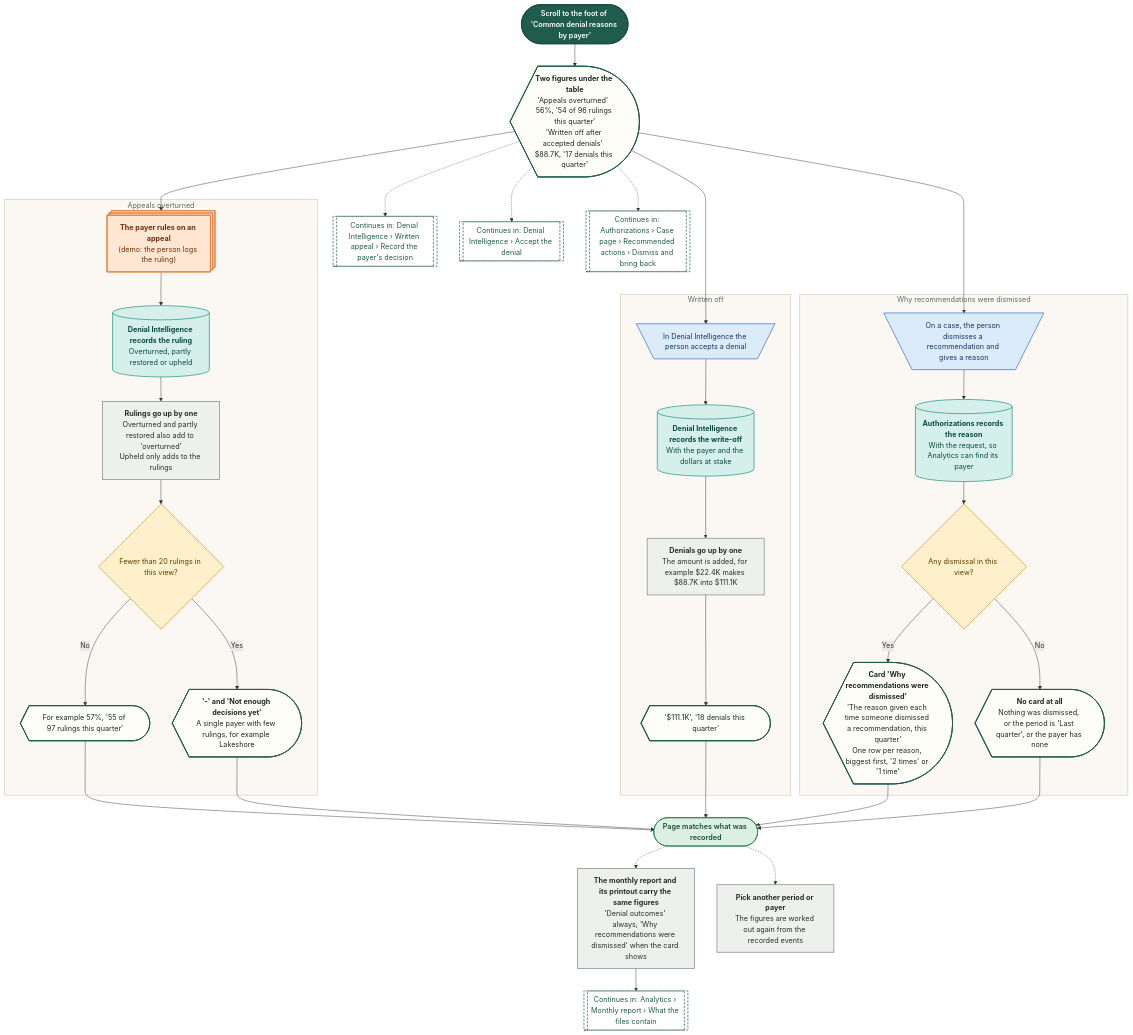
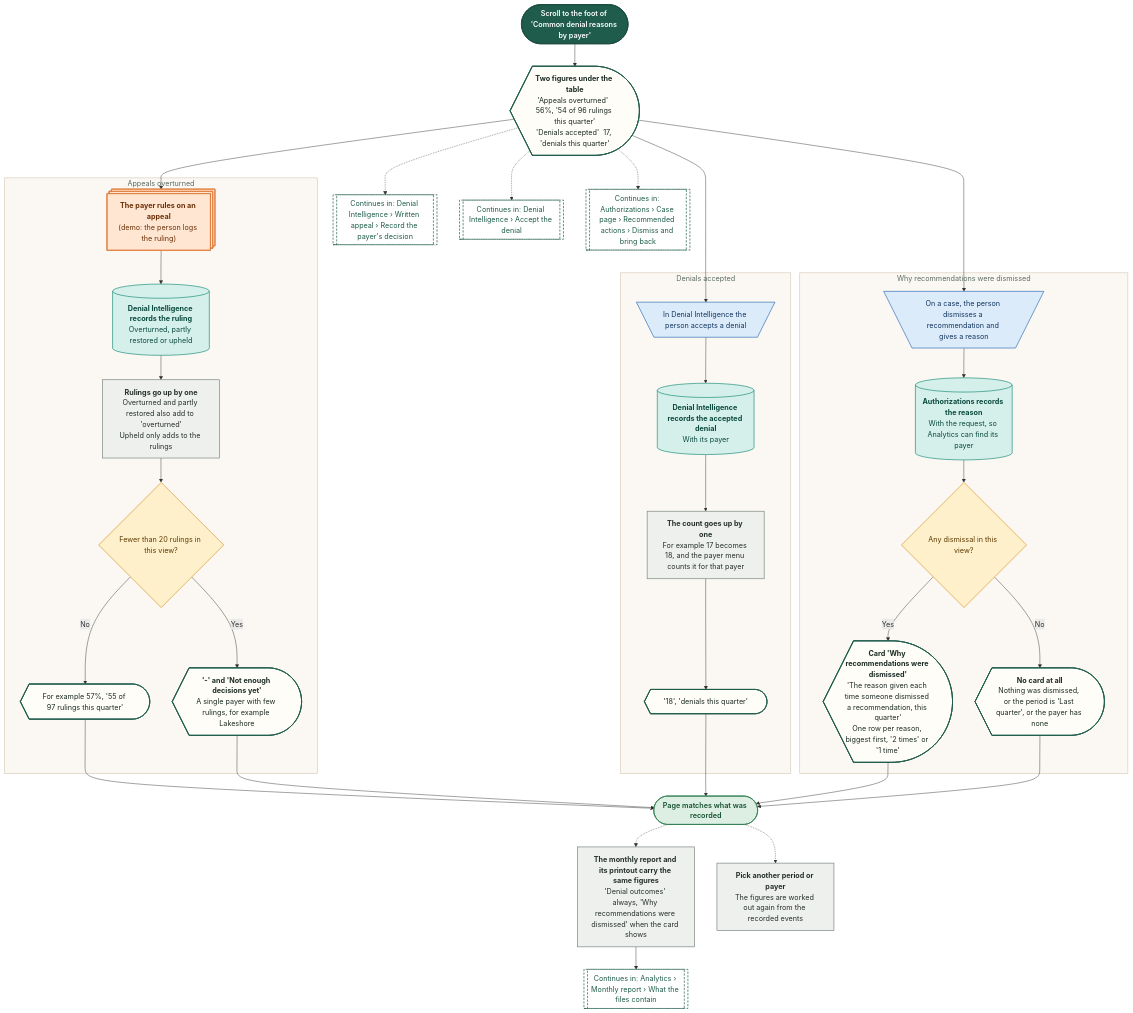
Before and after one commit to Shrav143/psyfloapp: the sixth of 9 diagrams in demos/prior-auth-demo/workflows/out/md/08-analytics.md, drawn with Mermaid. The commit also changed other lines of this file and 39 other files, not shown here.

First line of the commit message:
docs: appeal analysis report in the site map and README; rebuild the workflow diagrams (225)

````diff
--- a/demos/prior-auth-demo/workflows/out/md/08-analytics.md
+++ b/demos/prior-auth-demo/workflows/out/md/08-analytics.md
@@ -408,74 +408,74 @@
 ```mermaid
 %%{init: {"theme":"base","themeVariables":{"fontFamily":"'DM Sans', 'Segoe UI', system-ui, sans-serif","fontSize":"15px","lineColor":"#5B6B63","primaryTextColor":"#1C2B25","clusterBkg":"#FBF8F3","clusterBorder":"#D9CDBB","edgeLabelBackground":"#FFFFFF"},"flowchart":{"curve":"basis","nodeSpacing":36,"rankSpacing":48,"padding":12,"htmlLabels":true,"useMaxWidth":false,"wrappingWidth":230}} }%%
 flowchart TD
   classDef k_start fill:#1F5C4B,stroke:#174638,color:#FFFFFF,stroke-width:1.5px,font-weight:600
   classDef k_end fill:#DDEFE3,stroke:#2E7D4F,color:#14502F,stroke-width:1.5px,font-weight:600
   classDef k_endx fill:#FBE3E0,stroke:#C0392B,color:#7A1F16,stroke-width:1.5px,font-weight:600
   classDef k_screen fill:#FFFDF8,stroke:#1F5C4B,color:#1C2B25,stroke-width:2px
   classDef k_overlay fill:#F1F7F3,stroke:#1F5C4B,color:#1C2B25,stroke-width:2px,stroke-dasharray:5 3
   classDef k_click fill:#DCEBFA,stroke:#2F6DB5,color:#12365F,stroke-width:1.5px
   classDef k_input fill:#E4E7FF,stroke:#4C5FD5,color:#1D2670,stroke-width:1.5px
   classDef k_process fill:#EEF0EE,stroke:#7A857F,color:#26302B,stroke-width:1.5px
   classDef k_agent fill:#EEE5FA,stroke:#7A4FC2,color:#341A63,stroke-width:1.5px
   classDef k_decision fill:#FFF0CC,stroke:#D9962B,color:#5C3B00,stroke-width:1.5px
   classDef k_store fill:#D5F0EA,stroke:#1C8E7B,color:#0B4A3F,stroke-width:1.5px
   classDef k_doc fill:#F6E9DC,stroke:#B07A4C,color:#4A2E14,stroke-width:1.5px
   classDef k_ext fill:#FFE6D2,stroke:#E07B39,color:#6B2F06,stroke-width:1.5px
   classDef k_wait fill:#E4E8EE,stroke:#6B7C93,color:#26303D,stroke-width:1.5px
   classDef k_toast fill:#FFF9DB,stroke:#C9A400,color:#5A4A00,stroke-width:1.5px
   classDef k_goto fill:#FFFFFF,stroke:#1F5C4B,color:#1F5C4B,stroke-width:1.5px,stroke-dasharray:5 3
   s1@{ shape: stadium, label: "Scroll to the foot of 'Common denial reasons by payer'" }
-  sc@{ shape: curv-trap, label: "<b>Two figures under the table</b><br/>'Appeals overturned'  56%, '54 of 96 rulings this quarter'<br/>'Written off after accepted denials'  $88.7K, '17 denials this quarter'" }
+  sc@{ shape: curv-trap, label: "<b>Two figures under the table</b><br/>'Appeals overturned'  56%, '54 of 96 rulings this quarter'<br/>'Denials accepted'  17, 'denials this quarter'" }
   subgraph gApp ["Appeals overturned"]
   x1@{ shape: st-rect, label: "<b>The payer rules on an appeal</b><br/>(demo: the person logs the ruling)" }
   st1@{ shape: cyl, label: "<b>Denial Intelligence records the ruling</b><br/>Overturned, partly restored or upheld" }
   p1@{ shape: rect, label: "<b>Rulings go up by one</b><br/>Overturned and partly restored also add to 'overturned'<br/>Upheld only adds to the rulings" }
   q1@{ shape: diam, label: "Fewer than 20 rulings in this view?" }
   o1@{ shape: curv-trap, label: "For example 57%, '55 of 97 rulings this quarter'" }
   o2@{ shape: curv-trap, label: "<b>'-' and 'Not enough decisions yet'</b><br/>A single payer with few rulings, for example Lakeshore" }
   end
-  subgraph gOff ["Written off"]
+  subgraph gOff ["Denials accepted"]
   k1@{ shape: trap-t, label: "In Denial Intelligence the person accepts a denial" }
-  st2@{ shape: cyl, label: "<b>Denial Intelligence records the write-off</b><br/>With the payer and the dollars at stake" }
-  p2@{ shape: rect, label: "<b>Denials go up by one</b><br/>The amount is added, for example $22.4K makes $88.7K into $111.1K" }
-  o3@{ shape: curv-trap, label: "'$111.1K', '18 denials this quarter'" }
+  st2@{ shape: cyl, label: "<b>Denial Intelligence records the accepted denial</b><br/>With its payer" }
+  p2@{ shape: rect, label: "<b>The count goes up by one</b><br/>For example 17 becomes 18, and the payer menu counts it for that payer" }
+  o3@{ shape: curv-trap, label: "'18', 'denials this quarter'" }
   end
   subgraph gDis ["Why recommendations were dismissed"]
   k2@{ shape: trap-t, label: "On a case, the person dismisses a recommendation and gives a reason" }
   st3@{ shape: cyl, label: "<b>Authorizations records the reason</b><br/>With the request, so Analytics can find its payer" }
   q2@{ shape: diam, label: "Any dismissal in this view?" }
   d1@{ shape: curv-trap, label: "<b>Card 'Why recommendations were dismissed'</b><br/>'The reason given each time someone dismissed a recommendation, this quarter'<br/>One row per reason, biggest first, '2 times' or '1 time'" }
   d2@{ shape: curv-trap, label: "<b>No card at all</b><br/>Nothing was dismissed, or the period is 'Last quarter', or the payer has none" }
   end
   m1@{ shape: rect, label: "<b>The monthly report and its printout carry the same figures</b><br/>'Denial outcomes' always, 'Why recommendations were dismissed' when the card shows" }
   m2@{ shape: rect, label: "<b>Pick another period or payer</b><br/>The figures are worked out again from the recorded events" }
   g1@{ shape: subproc, label: "Continues in: Denial Intelligence › Written appeal › Record the payer's decision" }
   g2@{ shape: subproc, label: "Continues in: Denial Intelligence › Accept the denial" }
   g3@{ shape: subproc, label: "Continues in: Authorizations › Case page › Recommended actions › Dismiss and bring back" }
   g4@{ shape: subproc, label: "Continues in: Analytics › Monthly report › What the files contain" }
   e1@{ shape: stadium, label: "Page matches what was recorded" }
   s1 --> sc
   sc -.-> g1 & g2 & g3
   x1 --> st1 --> p1 --> q1
   q1 -->|"No"| o1 --> e1
   q1 -->|"Yes"| o2 --> e1
   k1 --> st2 --> p2 --> o3 --> e1
   k2 --> st3 --> q2
   q2 -->|"Yes"| d1 --> e1
   q2 -->|"No"| d2 --> e1
   sc --> x1 & k1 & k2
   e1 -.-> m1 --> g4
   e1 -.-> m2
   class s1 k_start
   class sc,o1,o2,o3,d1,d2 k_screen
   class x1 k_ext
   class st1,st2,st3 k_store
   class p1,p2,m1,m2 k_process
   class q1,q2 k_decision
   class k1,k2 k_click
   class g1,g2,g3,g4 k_goto
   class e1 k_end
   style gApp fill:#FBF8F3,stroke:#D9CDBB,stroke-width:1.5px,color:#5B6B63
   style gOff fill:#FBF8F3,stroke:#D9CDBB,stroke-width:1.5px,color:#5B6B63
   style gDis fill:#FBF8F3,stroke:#D9CDBB,stroke-width:1.5px,color:#5B6B63
 ```
````
